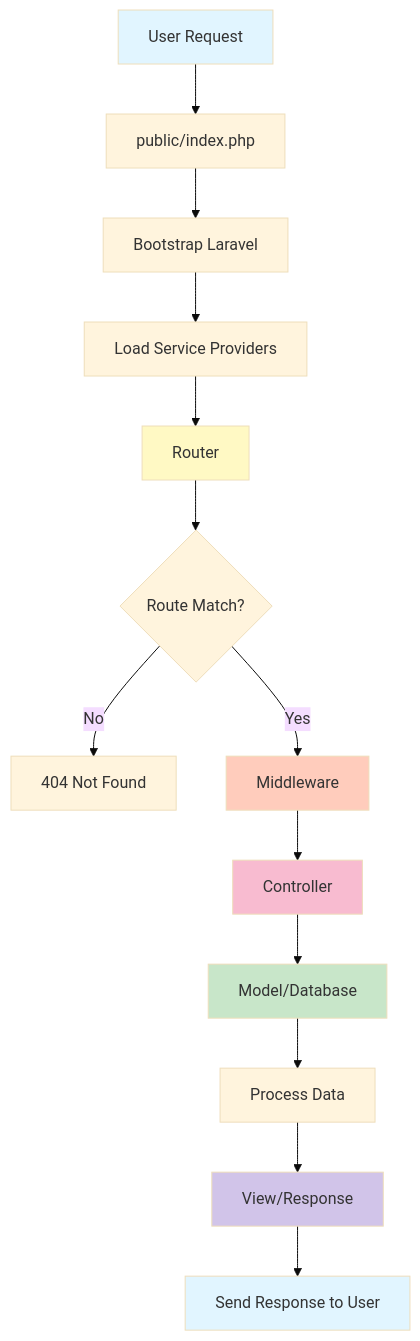
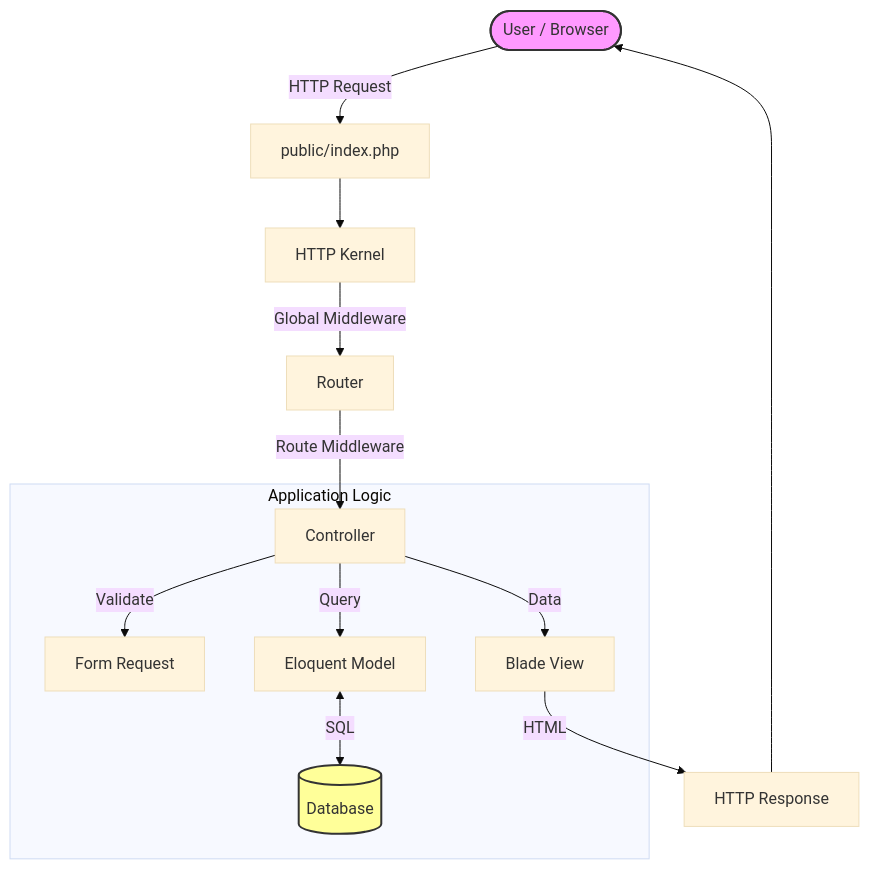
The diagram in README.md (kazanaruishere-max/DOCUMENT-LIBRARY-LARAVEL), drawn with Mermaid (base theme) before and after one commit. The commit also changed other lines of this file, not shown here.

````diff
--- a/README.md
+++ b/README.md
@@ -1149,23 +23,20 @@
 ```mermaid
 graph TD
-    A[User Request] --> B[public/index.php]
-    B --> C[Bootstrap Laravel]
-    C --> D[Load Service Providers]
-    D --> E[Router]
-    E --> F{Route Match?}
-    F -->|No| G[404 Not Found]
-    F -->|Yes| H[Middleware]
-    H --> I[Controller]
-    I --> J[Model/Database]
-    J --> K[Process Data]
-    K --> L[View/Response]
-    L --> M[Send Response to User]
+    User([User / Browser]) -->|HTTP Request| Index[public/index.php]
+    Index --> Kernel[HTTP Kernel]
+    Kernel -->|Global Middleware| Router[Router]
+    Router -->|Route Middleware| Controller[Controller]
 
-    style A fill:#e1f5ff
-    style E fill:#fff9c4
-    style H fill:#ffccbc
-    style I fill:#f8bbd0
-    style J fill:#c8e6c9
-    style L fill:#d1c4e9
-    style M fill:#e1f5ff
+    subgraph "Application Logic"
+        Controller -->|Validate| FormRequest[Form Request]
+        Controller -->|Query| Model[Eloquent Model]
+        Model <-->|SQL| Database[(Database)]
+        Controller -->|Data| View[Blade View]
+    end
+
+    View -->|HTML| Response[HTTP Response]
+    Response --> User
+
+    style User fill:#f9f,stroke:#333,stroke-width:2px
+    style Database fill:#ff9,stroke:#333,stroke-width:2px
 ```
````
